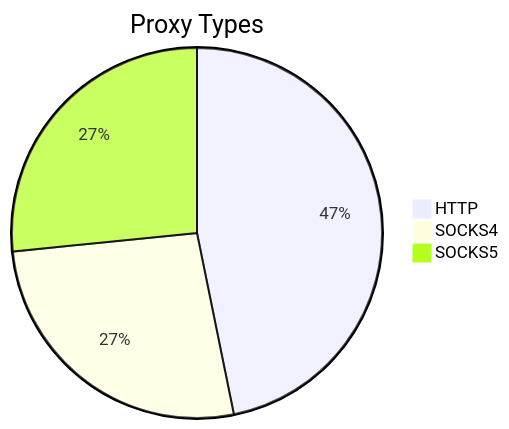
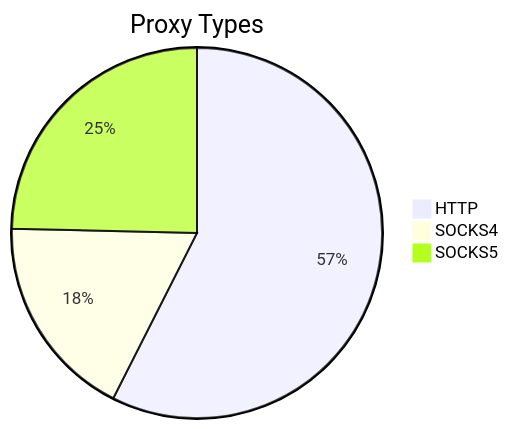
The first of 2 diagrams in README.md (stormsia/proxy-list), drawn with Mermaid before and after one commit. The commit also changed other lines of this file, not shown here.

````diff
--- a/README.md
+++ b/README.md
@@ -21,6 +21,6 @@
 ```mermaid
 pie title Proxy Types
-    "HTTP" : 271
-    "SOCKS4" : 154
-    "SOCKS5" : 154
+    "HTTP" : 154
+    "SOCKS4" : 48
+    "SOCKS5" : 66
 ```
````
